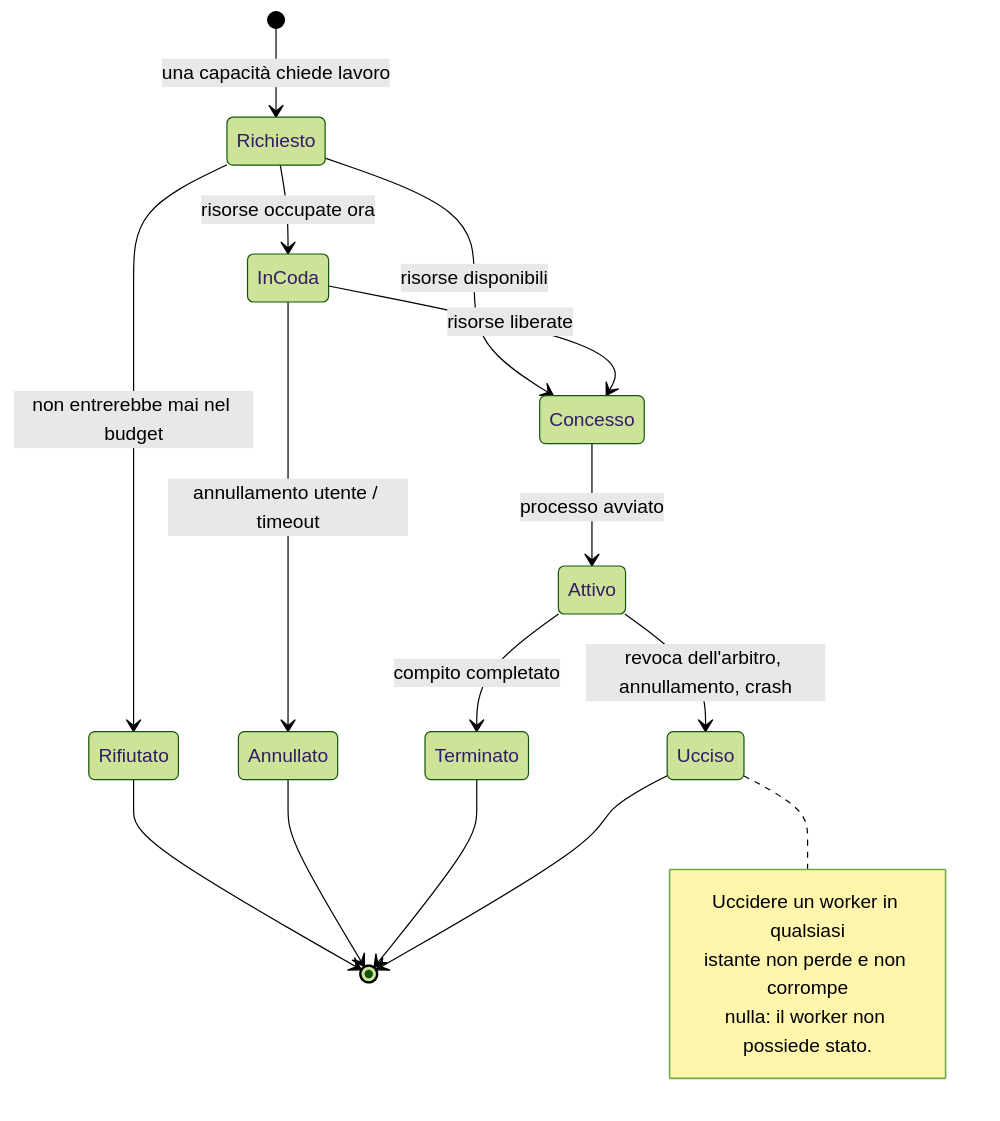
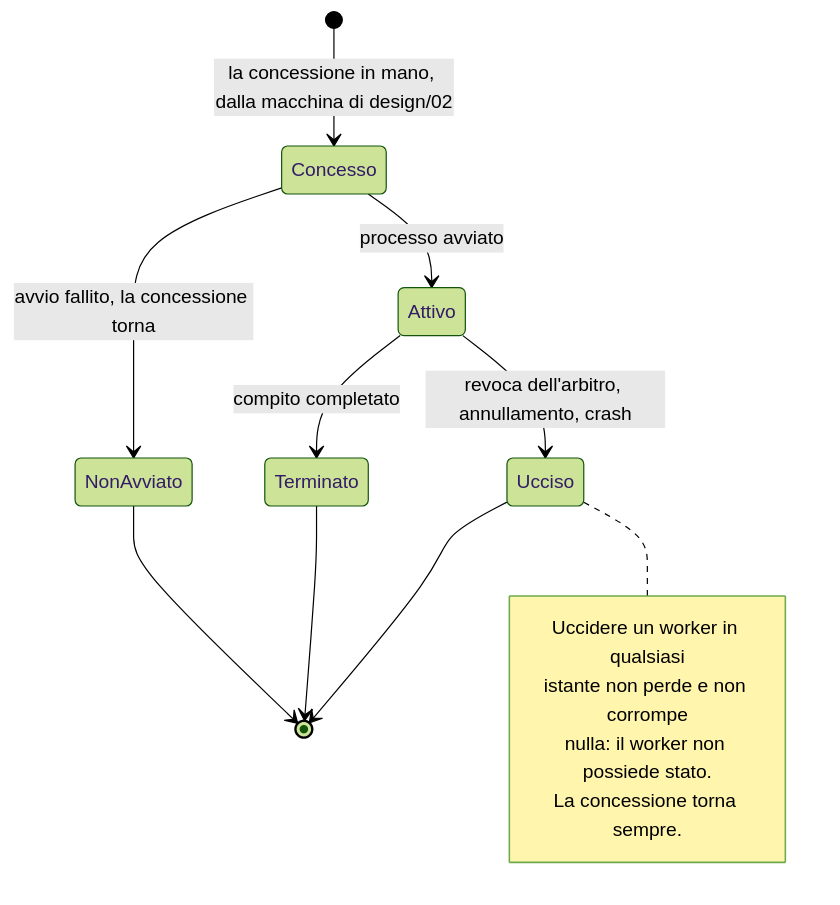
One commit to devfrx/daemon changed the second of 2 diagrams in docs/design/01-topologia-dei-processi.md. Above: the diagram before and after it, drawn with Mermaid (forest theme). The commit also changed other lines of this file and 3 other files, not shown here.

First line of the commit message:
audit(2026-09-30): La regola 2 del README e i diagrammi 01-03

````diff
--- a/docs/design/01-topologia-dei-processi.md
+++ b/docs/design/01-topologia-dei-processi.md
@@ -62,26 +75,21 @@
 ```mermaid
 stateDiagram-v2
-    [*] --> Richiesto : una capacità chiede lavoro
-
-    Richiesto --> Rifiutato : non entrerebbe mai nel budget
-    Richiesto --> InCoda : risorse occupate ora
-    Richiesto --> Concesso : risorse disponibili
-
-    InCoda --> Concesso : risorse liberate
-    InCoda --> Annullato : annullamento utente / timeout
+    [*] --> Concesso : la concessione in mano, dalla macchina di design/02
 
     Concesso --> Attivo : processo avviato
+    Concesso --> NonAvviato : avvio fallito, la concessione torna
+
     Attivo --> Terminato : compito completato
     Attivo --> Ucciso : revoca dell'arbitro, annullamento, crash
 
-    Rifiutato --> [*]
-    Annullato --> [*]
+    NonAvviato --> [*]
     Terminato --> [*]
     Ucciso --> [*]
 
     note right of Ucciso
         Uccidere un worker in qualsiasi
         istante non perde e non corrompe
         nulla: il worker non possiede stato.
+        La concessione torna sempre.
     end note
 ```
````
